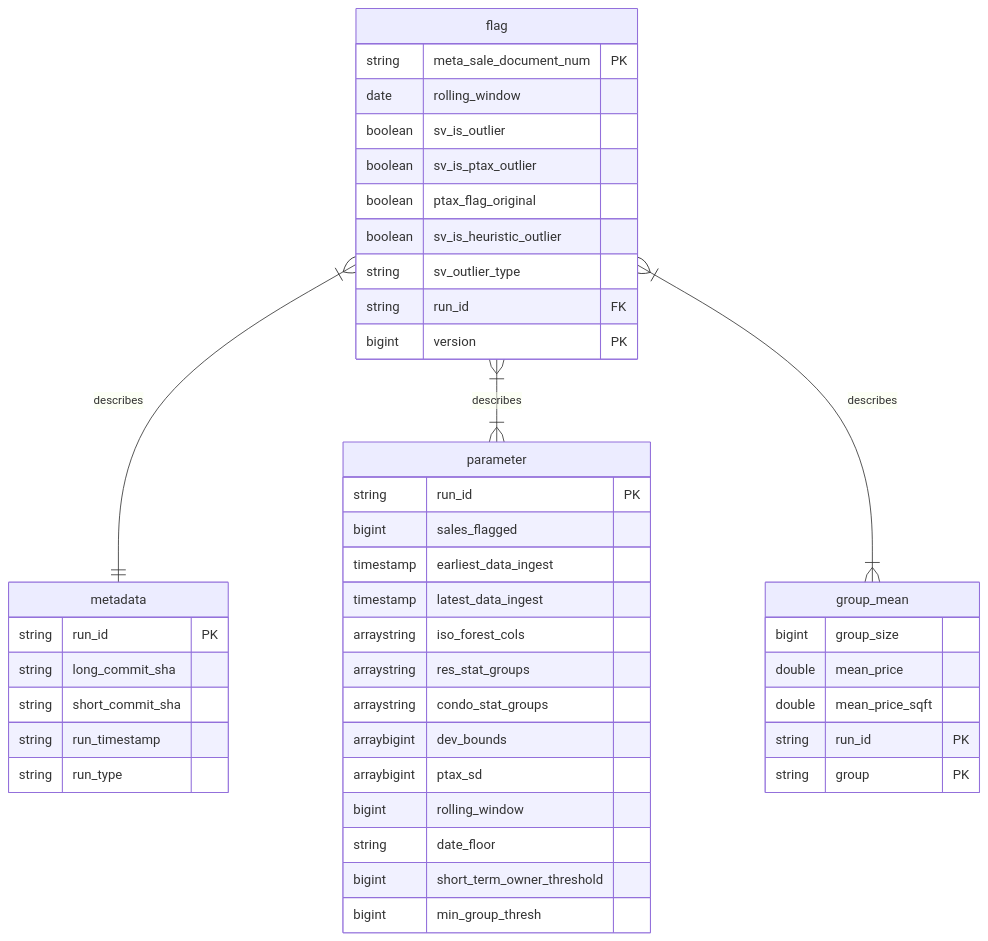
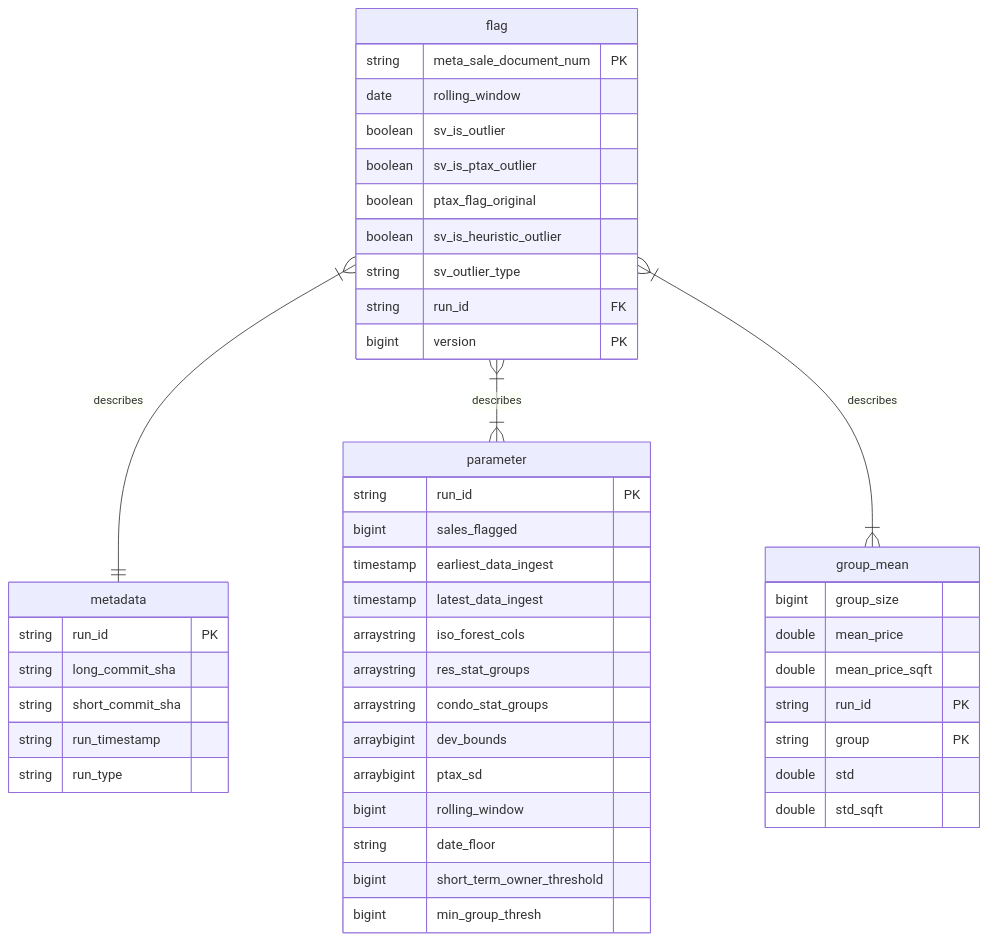
The second of 2 diagrams in README.md (ccao-data/model-sales-val), drawn with Mermaid before and after one commit.

Commit message:
Update table diagrams

````diff
--- a/README.md
+++ b/README.md
@@ -246,50 +246,52 @@
 ```mermaid
 erDiagram
     flag }|--|| metadata : describes
     flag }|--|{ parameter : describes
     flag }|--|{ group_mean : describes
 
     flag {
         string meta_sale_document_num PK
         date rolling_window
         boolean sv_is_outlier
         boolean sv_is_ptax_outlier
         boolean ptax_flag_original
         boolean sv_is_heuristic_outlier
         string sv_outlier_type
         string run_id FK
         bigint version PK
     }
 
     metadata {
         string run_id PK
         string long_commit_sha
         string short_commit_sha
         string run_timestamp
         string run_type
     }
 
     parameter {
         string run_id PK
         bigint sales_flagged
         timestamp earliest_data_ingest
         timestamp latest_data_ingest
         arraystring iso_forest_cols
         arraystring res_stat_groups
         arraystring condo_stat_groups
         arraybigint dev_bounds
         arraybigint ptax_sd
         bigint rolling_window
         string date_floor
         bigint short_term_owner_threshold
         bigint min_group_thresh
     }
 
     group_mean {
         bigint group_size
         double mean_price
         double mean_price_sqft
         string run_id PK
         string group PK
+        double std
+        double std_sqft
     }
 ```
````
